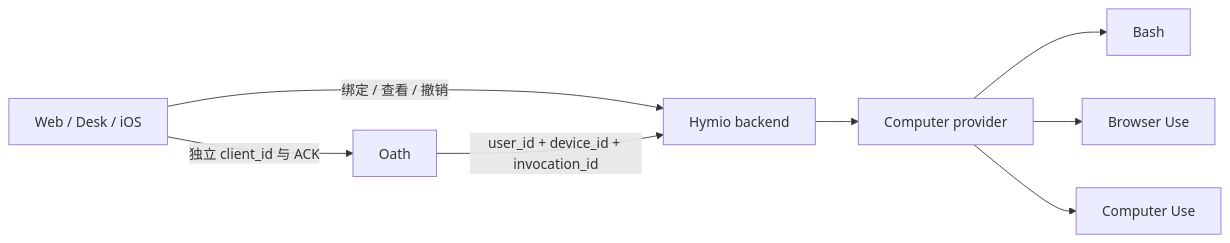
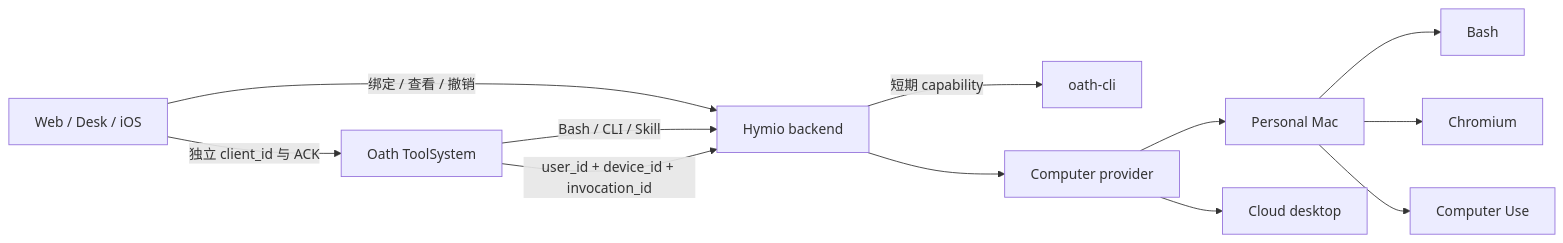
One commit to HymioSpace/Hymio changed the diagram in spec/feature10-multi-device.md. Above: the diagram before and after it, drawn with Mermaid. The commit also changed other lines of this file and 68 other files, not shown here.

````diff
--- a/spec/feature10-multi-device.md
+++ b/spec/feature10-multi-device.md
@@ -10,10 +10,14 @@
 ```mermaid
 flowchart LR
   Client[Web / Desk / iOS] -->|独立 client_id 与 ACK| Oath
   Client -->|绑定 / 查看 / 撤销| Backend[Hymio backend]
+  Oath[Oath ToolSystem] -->|Bash / CLI / Skill| Backend
+  Backend -->|短期 capability| CLI[oath-cli]
   Oath -->|user_id + device_id + invocation_id| Backend
   Backend --> Provider[Computer provider]
-  Provider --> Shell[Bash]
-  Provider --> Browser[Browser Use]
-  Provider --> Desktop[Computer Use]
+  Provider --> Mac[Personal Mac]
+  Provider --> Cloud[Cloud desktop]
+  Mac --> Shell[Bash]
+  Mac --> Browser[Chromium]
+  Mac --> Desktop[Computer Use]
 ```
````
